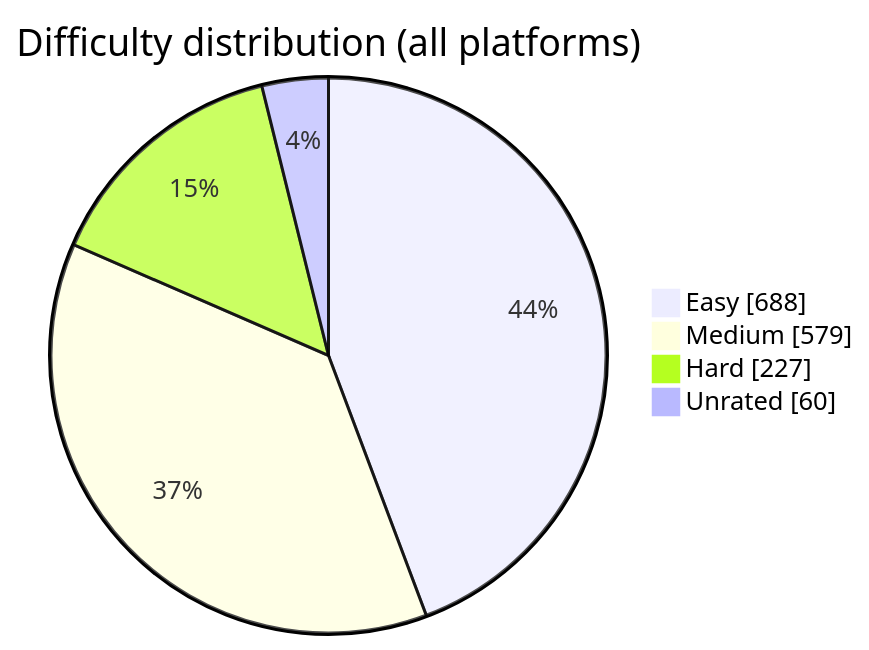
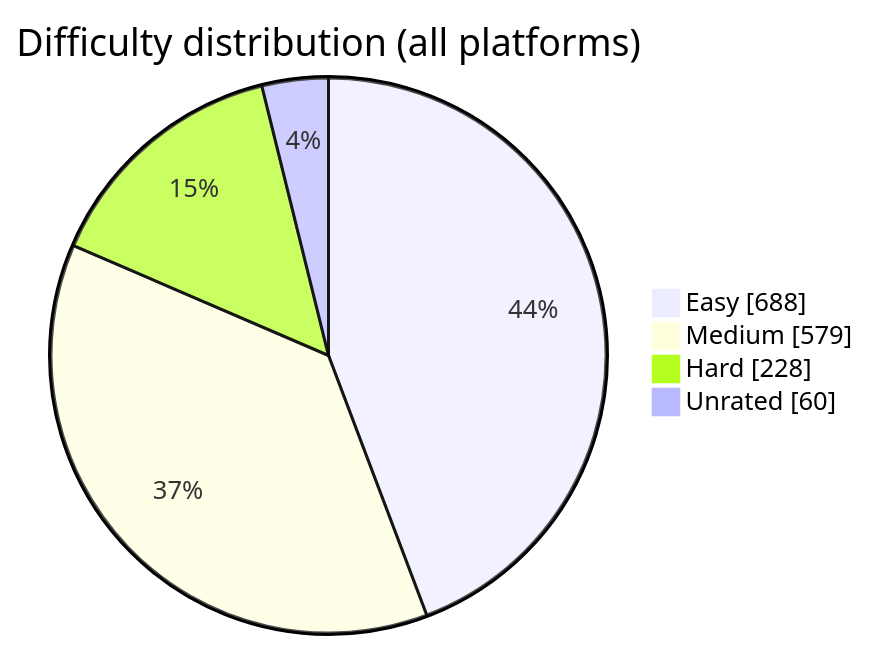
The diagram in README.md (BuildbyArindam/Daily-Coding-Log), drawn with Mermaid before and after one commit. The commit also changed other lines of this file, not shown here.

````diff
--- a/README.md
+++ b/README.md
@@ -93,7 +93,7 @@
 ```mermaid
 pie showData title Difficulty distribution (all platforms)
     "Easy" : 688
     "Medium" : 579
-    "Hard" : 227
+    "Hard" : 228
     "Unrated" : 60
 ```
````
